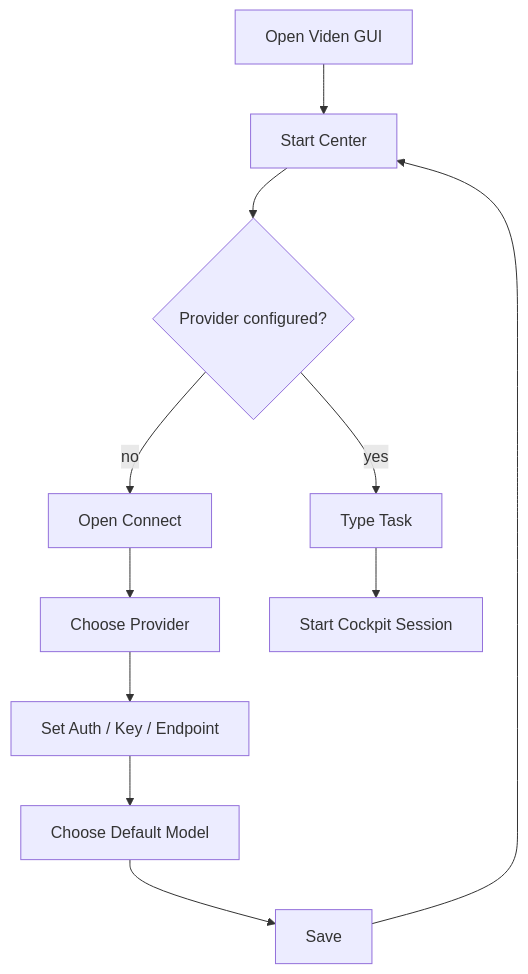
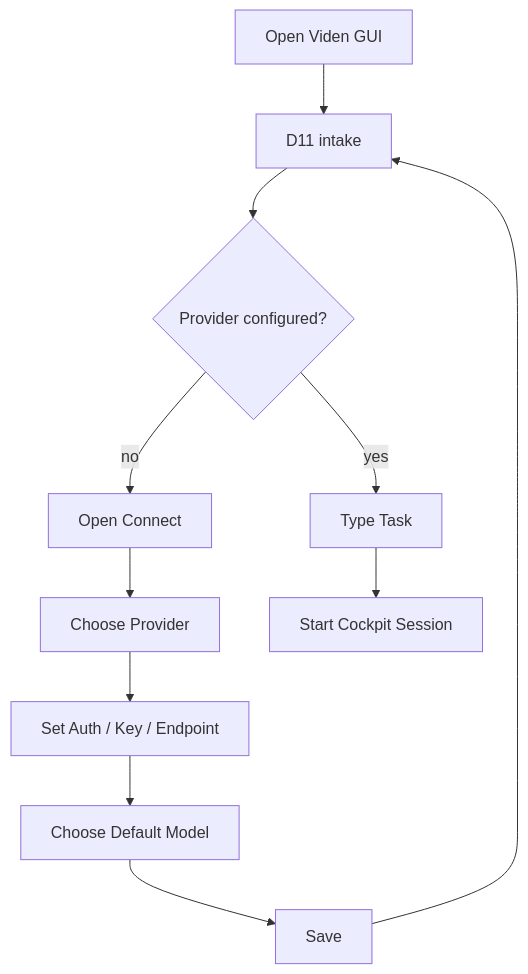
One commit to wikieden/robocode changed the second of 6 diagrams in docs/gui-version-functional-design.md. Above: the diagram before and after it, drawn with Mermaid. The commit also changed other lines of this file and 18 other files, not shown here.

````diff
--- a/docs/gui-version-functional-design.md
+++ b/docs/gui-version-functional-design.md
@@ -354,13 +365,13 @@
 ```mermaid
 flowchart TD
-    A["Open Viden GUI"] --> B["Start Center"]
+    A["Open Viden GUI"] --> B["D11 intake"]
     B --> C{"Provider configured?"}
     C -->|no| D["Open Connect"]
     D --> E["Choose Provider"]
     E --> F["Set Auth / Key / Endpoint"]
     F --> G["Choose Default Model"]
     G --> H["Save"]
     H --> B
     C -->|yes| I["Type Task"]
     I --> J["Start Cockpit Session"]
 ```
````
